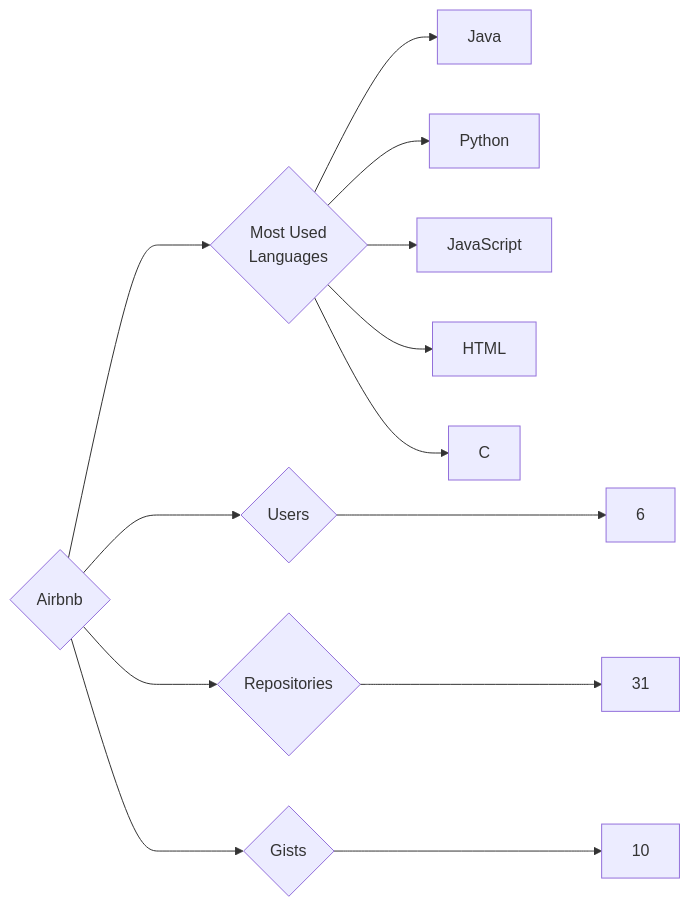
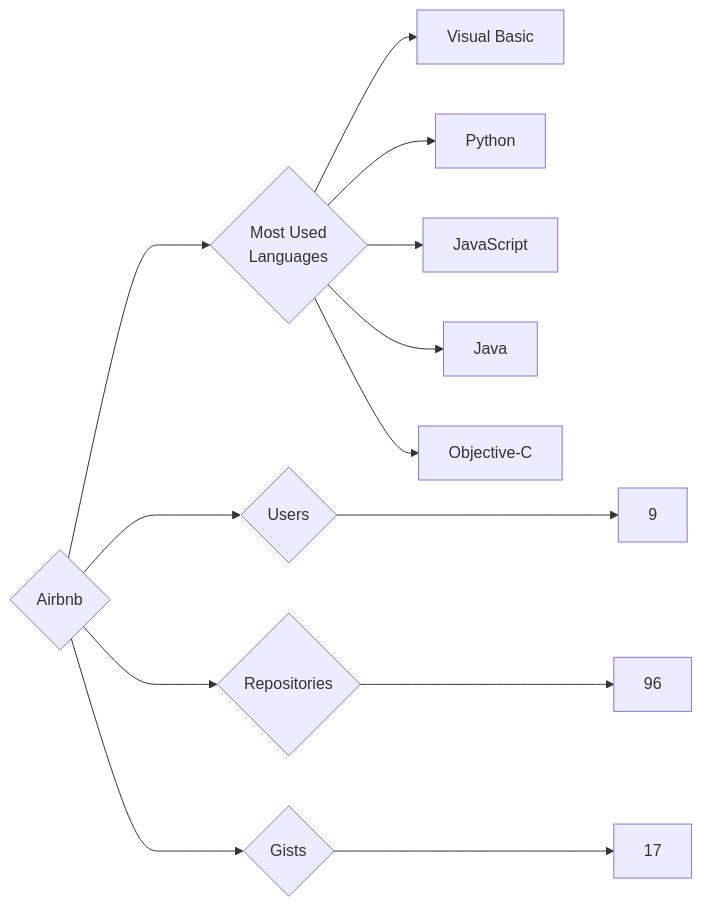
The diagram in targets/Airbnb/README.md (trickest/insiders), drawn with Mermaid before and after one commit. The commit also changed 1120 other files, not shown here.

````diff
--- a/targets/Airbnb/README.md
+++ b/targets/Airbnb/README.md
@@ -3,13 +3,13 @@
 ```mermaid
 graph LR
 COMPANY_NAME{Airbnb}
-COMPANY_NAME ---> U{Users} ---> UN[6]
-COMPANY_NAME ---> R{Repositories} ---> RN[31]
-COMPANY_NAME ---> G{Gists} ---> GN[10]
+COMPANY_NAME ---> U{Users} ---> UN[9]
+COMPANY_NAME ---> R{Repositories} ---> RN[96]
+COMPANY_NAME ---> G{Gists} ---> GN[17]
 COMPANY_NAME ---> ML{Most Used<br>Languages}
-ML --> Java[Java]
+ML --> Visual_Basic[Visual Basic]
 ML --> Python[Python]
 ML --> JavaScript[JavaScript]
-ML --> HTML[HTML]
-ML --> C[C]
+ML --> Java[Java]
+ML --> Objective-C[Objective-C]
 ```
````
